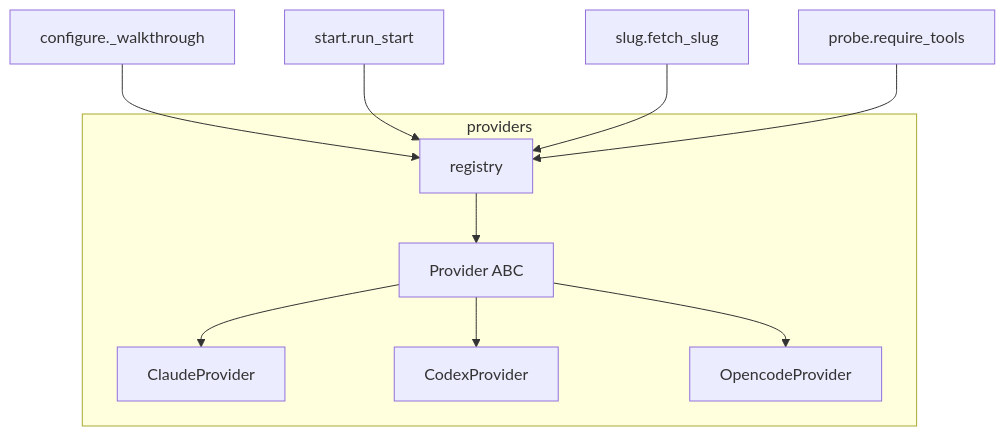
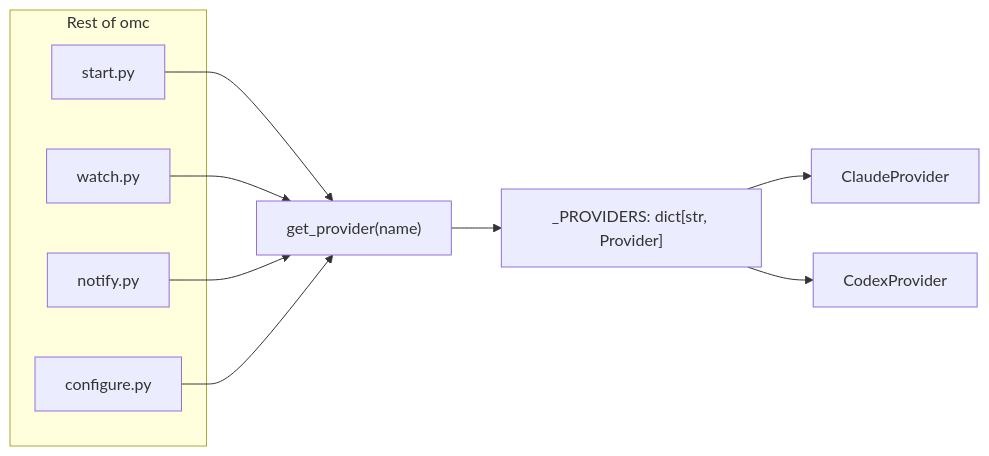
One commit to chris-husse/oh-my-clanker changed the diagram in tests/e2e/artifacts/omc-wiki/ai-provider-adapters.md. Above: the diagram before and after it, drawn with Mermaid. The commit also changed other lines of this file and 138 other files, not shown here.

````diff
--- a/tests/e2e/artifacts/omc-wiki/ai-provider-adapters.md
+++ b/tests/e2e/artifacts/omc-wiki/ai-provider-adapters.md
@@ -56,13 +56,16 @@
 ```mermaid
-graph TD
-    subgraph providers
-        R[registry] --> B[Provider ABC]
-        B --> C[ClaudeProvider]
-        B --> X[CodexProvider]
-        B --> O[OpencodeProvider]
+flowchart LR
+    subgraph rest["Rest of omc"]
+        start[start.py]
+        watch[watch.py]
+        notify[notify.py]
+        configure[configure.py]
     end
-    CFG[configure._walkthrough] --> R
-    START[start.run_start] --> R
-    SLUG[slug.fetch_slug] --> R
-    PROBE[probe.require_tools] --> R
+    reg["get_provider(name)"] --> providers["_PROVIDERS: dict[str, Provider]"]
+    start --> reg
+    watch --> reg
+    notify --> reg
+    configure --> reg
+    providers --> claude[ClaudeProvider]
+    providers --> codex[CodexProvider]
 ```
````
